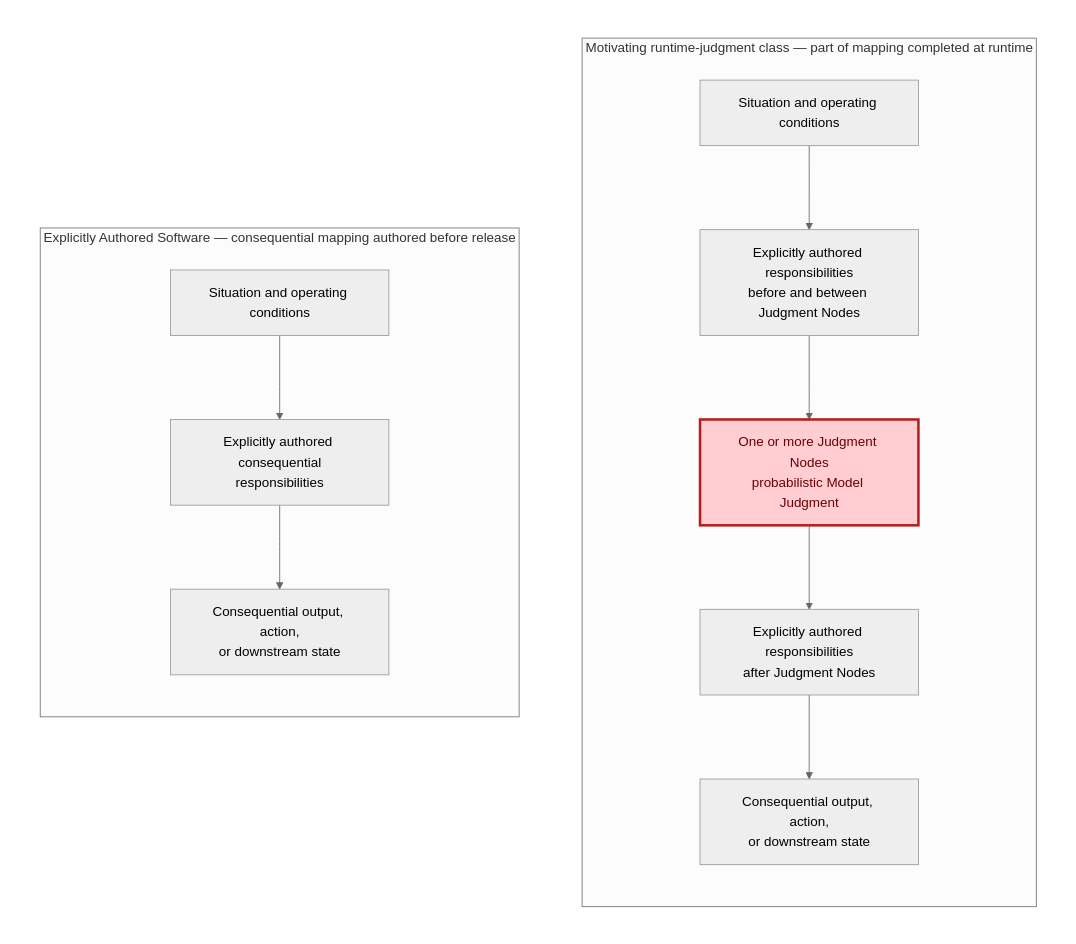
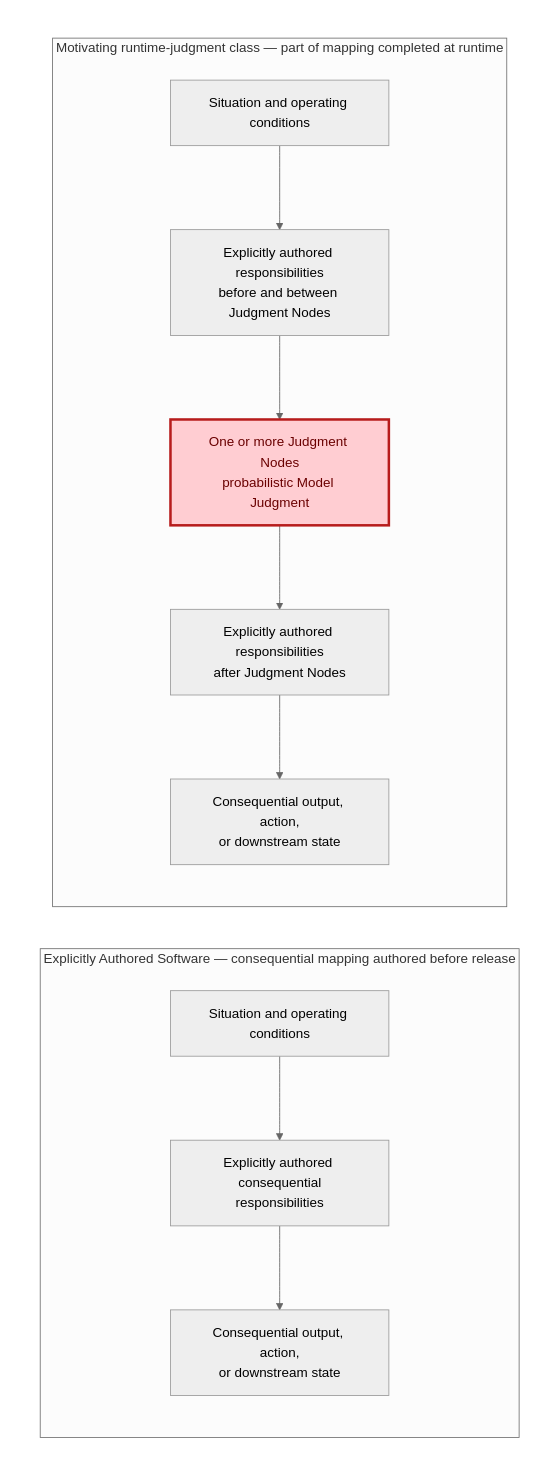
Before and after one commit to UncertaintyArchitectureGroup/uncertainty-architecture: the third of 15 diagrams in content/research/notes/open-engineering-specification-article-draft.md, drawn with Mermaid (neutral theme). The commit also changed 3 other files, not shown here.

Commit message:
research: preserve vertical Figure 3 subgraph direction

````diff
--- a/content/research/notes/open-engineering-specification-article-draft.md
+++ b/content/research/notes/open-engineering-specification-article-draft.md
@@ -222,26 +222,25 @@
 ```mermaid
 flowchart TB
     subgraph ROW3[" "]
         direction LR
         subgraph A["Explicitly Authored Software — consequential mapping authored before release"]
             direction TB
             A1["Situation and operating conditions"]
             A2["Explicitly authored consequential<br/>responsibilities"]
             A3["Consequential output, action,<br/>or downstream state"]
             A1 --> A2 --> A3
         end
         subgraph B["Motivating runtime-judgment class — part of mapping completed at runtime"]
             direction TB
             B1["Situation and operating conditions"]
             B2["Explicitly authored responsibilities<br/>before and between Judgment Nodes"]
             J1["One or more Judgment Nodes<br/>probabilistic Model Judgment"]
             B4["Explicitly authored responsibilities<br/>after Judgment Nodes"]
             B3["Consequential output, action,<br/>or downstream state"]
             B1 --> B2 --> J1 --> B4 --> B3
         end
-        A2 ~~~ J1
     end
     classDef judgment fill:#ffcdd2,stroke:#b71c1c,stroke-width:3px,color:#6a0000;
     class J1 judgment;
     style ROW3 fill:transparent,stroke:transparent
 ```
````
